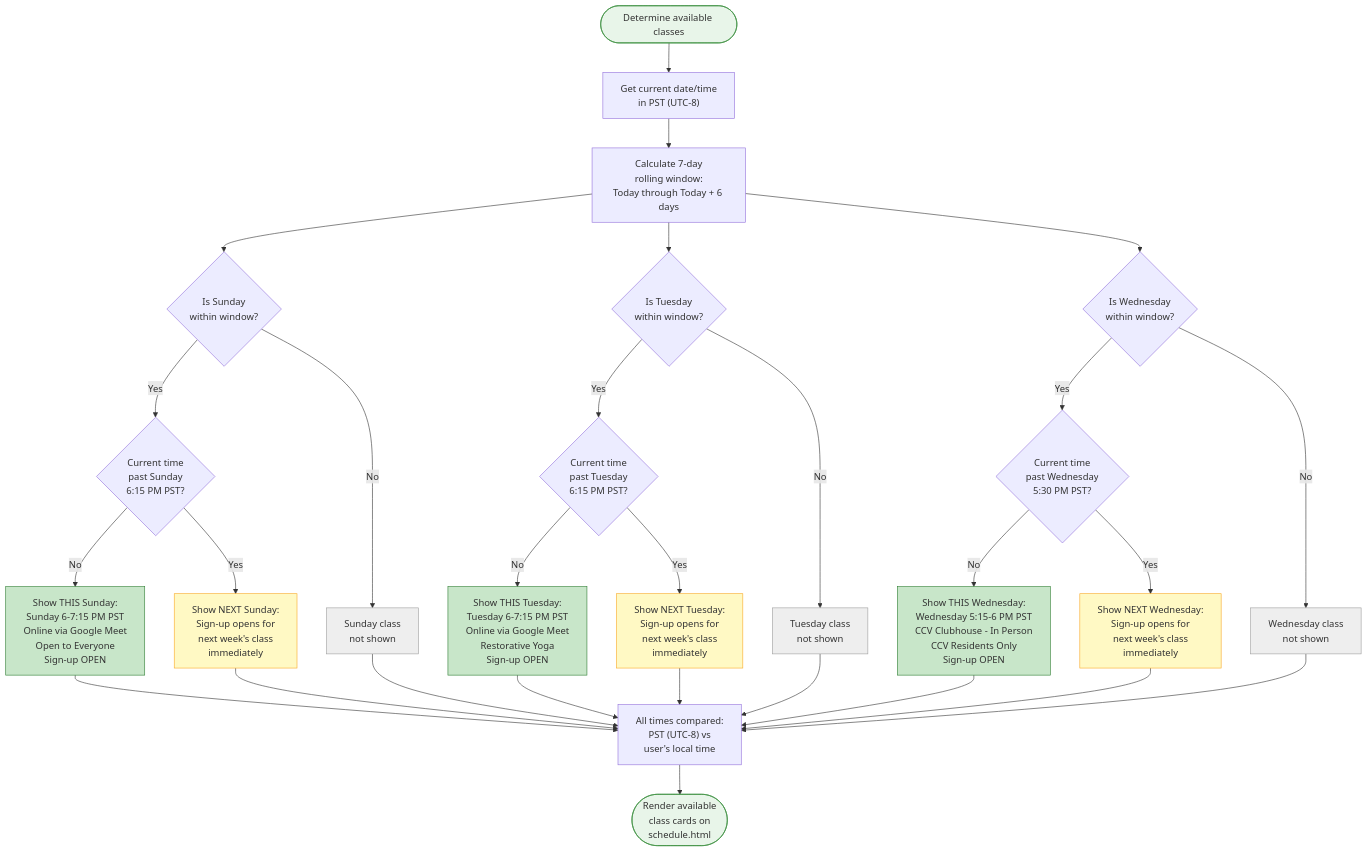
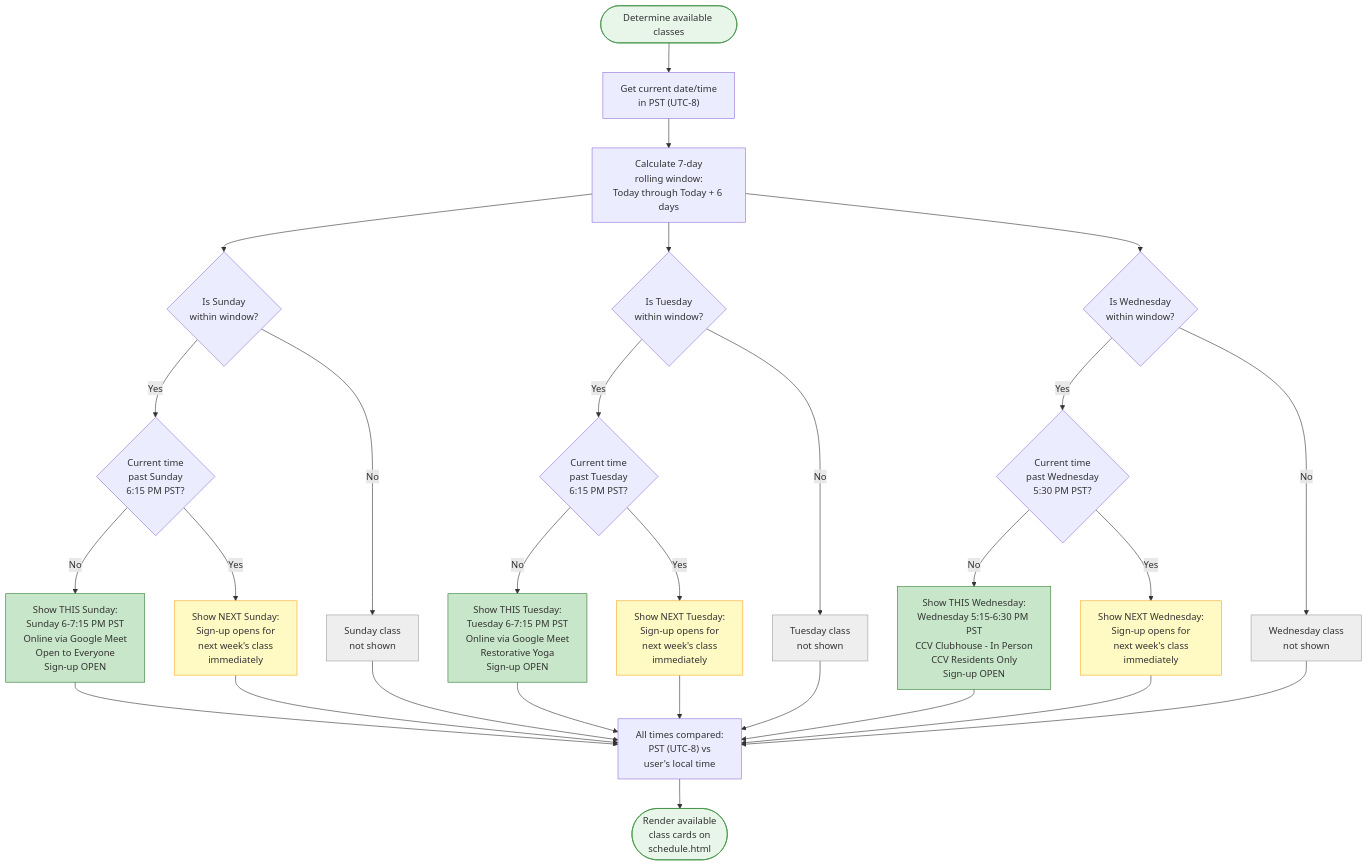
The second of 6 diagrams in business-rules-flowchart.md (liujessicax-ui/yogaclasses.com), drawn with Mermaid before and after one commit. The commit also changed other lines of this file and 3 other files, not shown here.

Commit message:
Update Wednesday class end time to 6:30 PM PST

````diff
--- a/business-rules-flowchart.md
+++ b/business-rules-flowchart.md
@@ -89,54 +89,54 @@
 ```mermaid
 flowchart TD
     START([Determine available classes]) --> NOW["Get current date/time\nin PST (UTC-8)"]
 
     NOW --> WINDOW["Calculate 7-day\nrolling window:\nToday through Today + 6 days"]
 
     WINDOW --> MON{Is Sunday\nwithin window?}
     WINDOW --> TUE{Is Tuesday\nwithin window?}
     WINDOW --> WED{Is Wednesday\nwithin window?}
 
     MON -- Yes --> MON_CUT{Current time\npast Sunday\n6:15 PM PST?}
     MON -- No --> MON_HIDE[Sunday class\nnot shown]
 
     MON_CUT -- No --> MON_SHOW["Show THIS Sunday:\nSunday 6-7:15 PM PST\nOnline via Google Meet\nOpen to Everyone\nSign-up OPEN"]
     MON_CUT -- Yes --> MON_NEXT["Show NEXT Sunday:\nSign-up opens for\nnext week's class\nimmediately"]
 
     TUE -- Yes --> TUE_CUT{Current time\npast Tuesday\n6:15 PM PST?}
     TUE -- No --> TUE_HIDE[Tuesday class\nnot shown]
 
     TUE_CUT -- No --> TUE_SHOW["Show THIS Tuesday:\nTuesday 6-7:15 PM PST\nOnline via Google Meet\nRestorative Yoga\nSign-up OPEN"]
     TUE_CUT -- Yes --> TUE_NEXT["Show NEXT Tuesday:\nSign-up opens for\nnext week's class\nimmediately"]
 
     WED -- Yes --> WED_CUT{Current time\npast Wednesday\n5:30 PM PST?}
     WED -- No --> WED_HIDE[Wednesday class\nnot shown]
 
-    WED_CUT -- No --> WED_SHOW["Show THIS Wednesday:\nWednesday 5:15-6 PM PST\nCCV Clubhouse - In Person\nCCV Residents Only\nSign-up OPEN"]
+    WED_CUT -- No --> WED_SHOW["Show THIS Wednesday:\nWednesday 5:15-6:30 PM PST\nCCV Clubhouse - In Person\nCCV Residents Only\nSign-up OPEN"]
     WED_CUT -- Yes --> WED_NEXT["Show NEXT Wednesday:\nSign-up opens for\nnext week's class\nimmediately"]
 
     MON_SHOW --> COMPARE
     MON_NEXT --> COMPARE
     TUE_SHOW --> COMPARE
     TUE_NEXT --> COMPARE
     WED_SHOW --> COMPARE
     WED_NEXT --> COMPARE
     MON_HIDE --> COMPARE
     TUE_HIDE --> COMPARE
     WED_HIDE --> COMPARE
 
     COMPARE["All times compared:\nPST (UTC-8) vs\nuser's local time"]
 
     COMPARE --> RENDER([Render available\nclass cards on\nschedule.html])
 
     style START fill:#e8f5e9,stroke:#388e3c
     style RENDER fill:#e8f5e9,stroke:#388e3c
     style MON_SHOW fill:#c8e6c9,stroke:#2e7d32
     style TUE_SHOW fill:#c8e6c9,stroke:#2e7d32
     style WED_SHOW fill:#c8e6c9,stroke:#2e7d32
     style MON_NEXT fill:#fff9c4,stroke:#f9a825
     style TUE_NEXT fill:#fff9c4,stroke:#f9a825
     style WED_NEXT fill:#fff9c4,stroke:#f9a825
     style MON_HIDE fill:#eeeeee,stroke:#9e9e9e
     style TUE_HIDE fill:#eeeeee,stroke:#9e9e9e
     style WED_HIDE fill:#eeeeee,stroke:#9e9e9e
 ```
````
